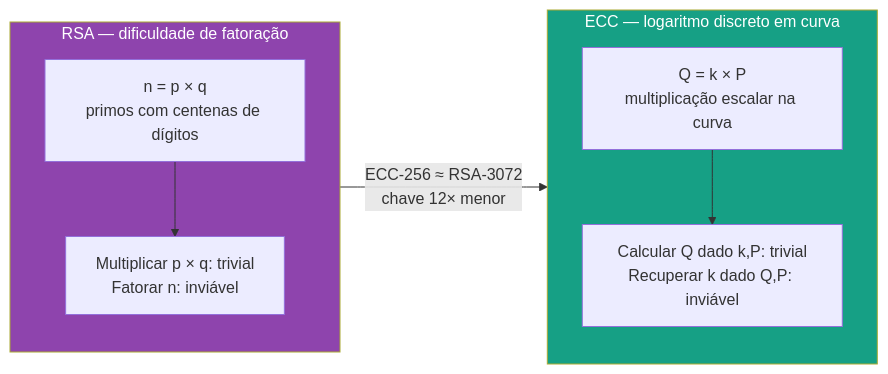
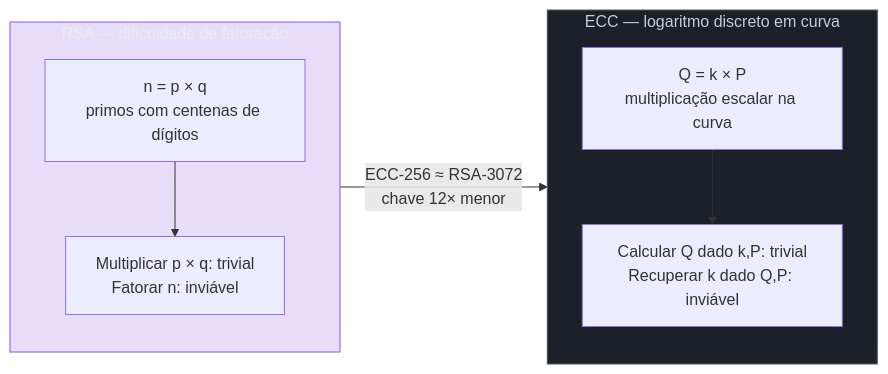
The fourth of 5 diagrams in 03-Dominios/Engenharia/Segurança/08 - Criptografia assimétrica.md (josenaldo/codex-technomanticus), drawn with Mermaid before and after one commit. The commit also changed other lines of this file and 1181 other files, not shown here.

First line of the commit message:
fix(diagramas): paleta do sistema no lugar de cor cravada no markdown

````diff
--- a/03-Dominios/Engenharia/Segurança/08 - Criptografia assimétrica.md
+++ b/03-Dominios/Engenharia/Segurança/08 - Criptografia assimétrica.md
@@ -210,16 +215,18 @@
 ```mermaid
 graph LR
+    classDef marca fill:#8855DF33,stroke:#8855DF,color:#E9ECF2
+    classDef neutro fill:#1B2029,stroke:#4E5666,color:#C6CCD8
     subgraph RSA["RSA — dificuldade de fatoração"]
         R1["n = p × q\nprimos com centenas de dígitos"]
         R2["Multiplicar p × q: trivial\nFatorar n: inviável"]
         R1 --> R2
     end
     subgraph ECC["ECC — logaritmo discreto em curva"]
         E1["Q = k × P\nmultiplicação escalar na curva"]
         E2["Calcular Q dado k,P: trivial\nRecuperar k dado Q,P: inviável"]
         E1 --> E2
     end
     RSA -->|"ECC-256 &asymp; RSA-3072\nchave 12× menor"| ECC
-    style RSA fill:#8e44ad,color:#fff
-    style ECC fill:#16a085,color:#fff
+    class RSA marca
+    class ECC neutro
 ```
````
